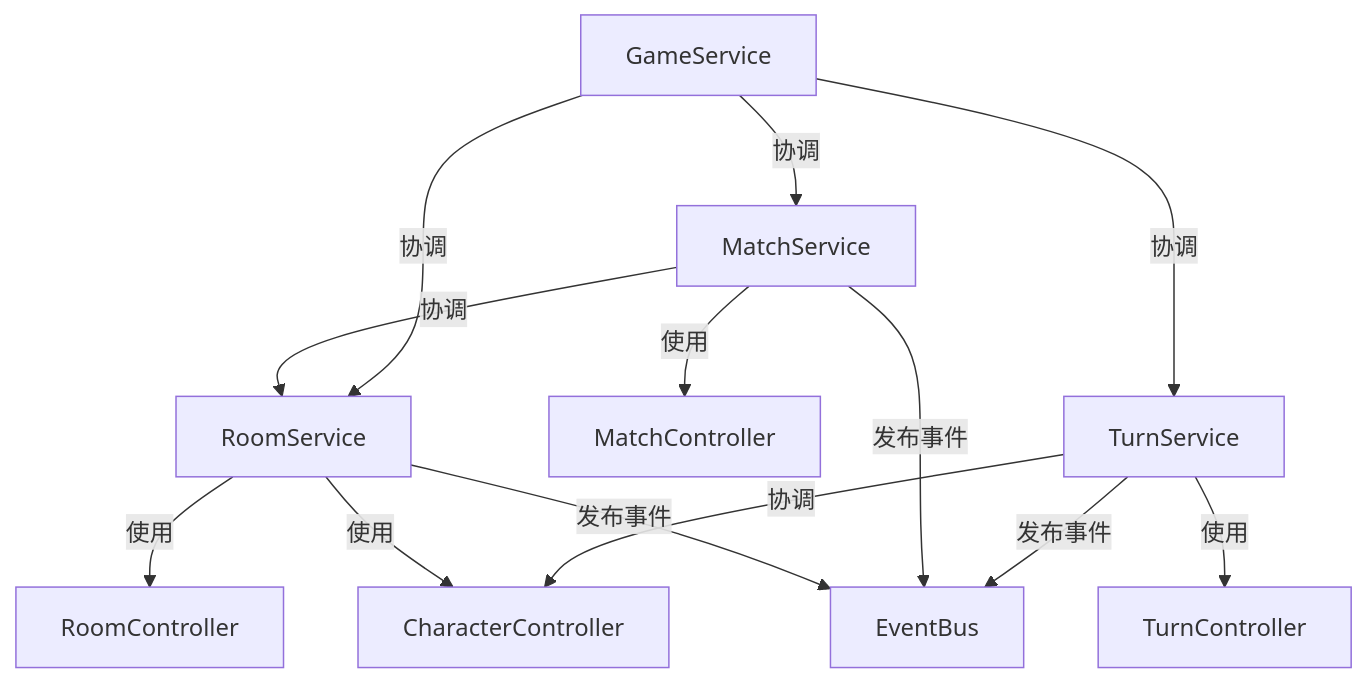
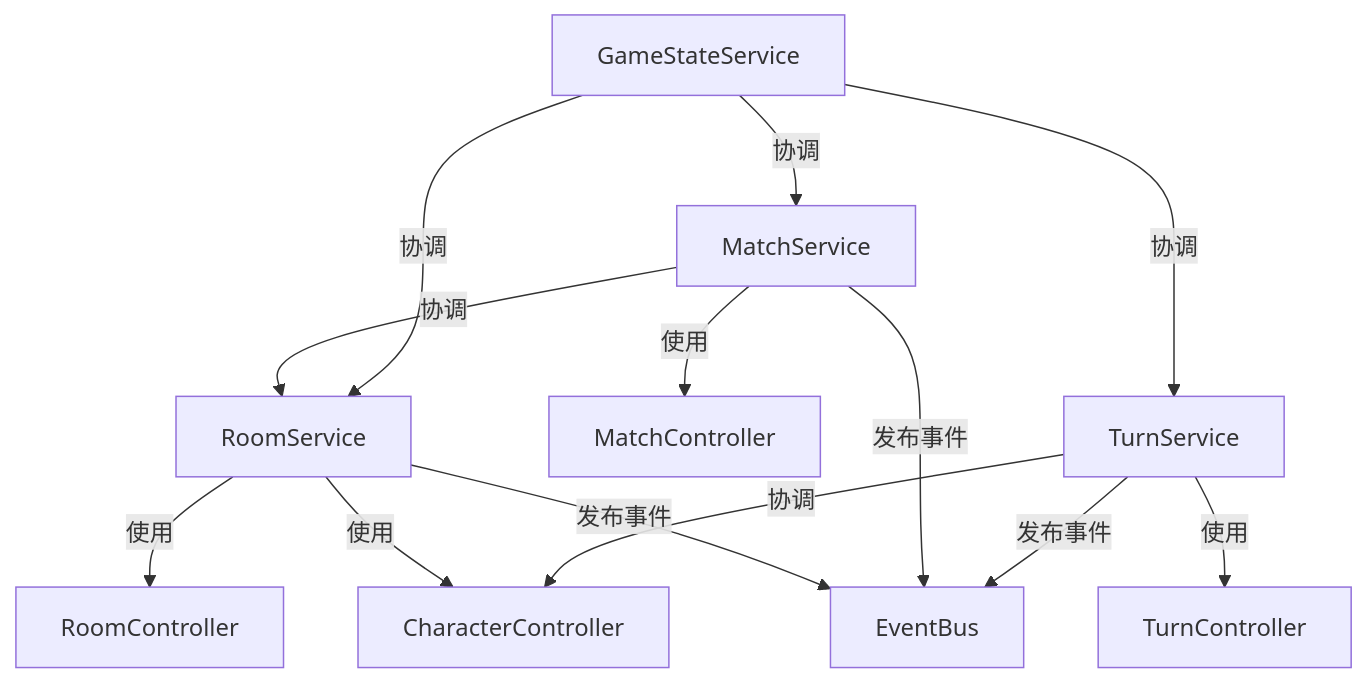
One commit to crossagent/paotuan changed the fourth of 7 diagrams in docs/架构.md. Above: the diagram before and after it, drawn with Mermaid. The commit also changed other lines of this file and 6 other files, not shown here.

````diff
--- a/docs/架构.md
+++ b/docs/架构.md
@@ -135,19 +135,19 @@
 ```mermaid
 graph TD
     RoomService --> |使用| RoomController
     RoomService --> |使用| CharacterController
     
     MatchService --> |使用| MatchController
     MatchService --> |协调| RoomService
     
     TurnService --> |使用| TurnController
     TurnService --> |协调| CharacterController
     
-    GameService --> |协调| RoomService
-    GameService --> |协调| MatchService
-    GameService --> |协调| TurnService
+    GameStateService --> |协调| RoomService
+    GameStateService --> |协调| MatchService
+    GameStateService --> |协调| TurnService
     
     RoomService --> |发布事件| EventBus
     MatchService --> |发布事件| EventBus
     TurnService --> |发布事件| EventBus
 ```
````
